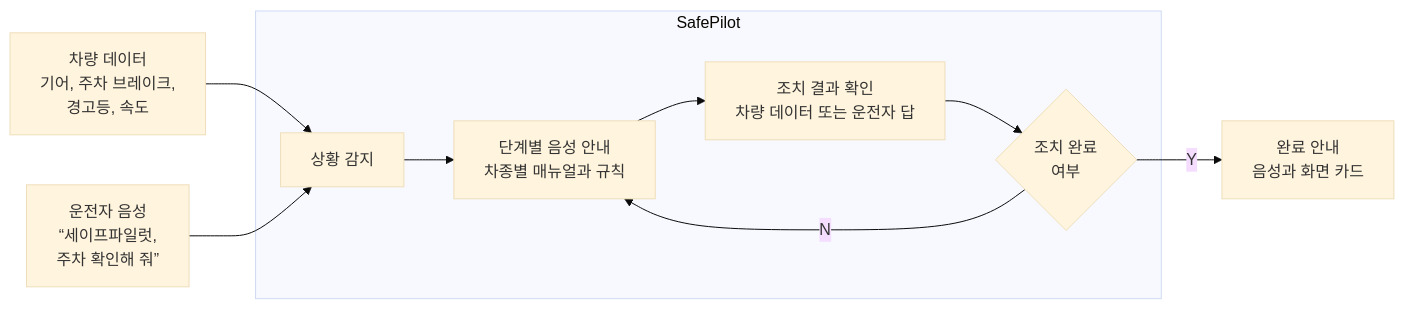
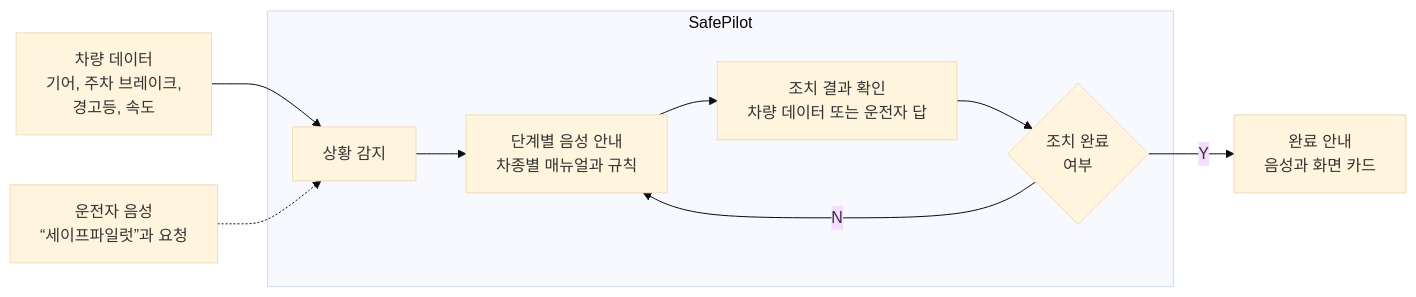
Before and after one commit to rex-next-labs/SafePilot: the diagram in proposal/diagrams/01_how_it_works.mmd, drawn with Mermaid (base theme). The commit also changed 15 other files, not shown here.

```diff
--- a/proposal/diagrams/01_how_it_works.mmd
+++ b/proposal/diagrams/01_how_it_works.mmd
@@ -1,10 +1,10 @@
 flowchart LR
     A["차량 데이터<br/>기어, 주차 브레이크,<br/>경고등, 속도"] --> C
-    B["운전자 음성<br/>“세이프파일럿,<br/>주차 확인해 줘”"] --> C
+    B["운전자 음성<br/>“세이프파일럿”과 요청"] -.-> C
     subgraph SP["SafePilot"]
         C["상황 감지"] --> D["단계별 음성 안내<br/>차종별 매뉴얼과 규칙"]
         D --> E["조치 결과 확인<br/>차량 데이터 또는 운전자 답"]
         E --> G{"조치 완료<br/>여부"}
         G -- "N" --> D
     end
     G -- "Y" --> F["완료 안내<br/>음성과 화면 카드"]
```
